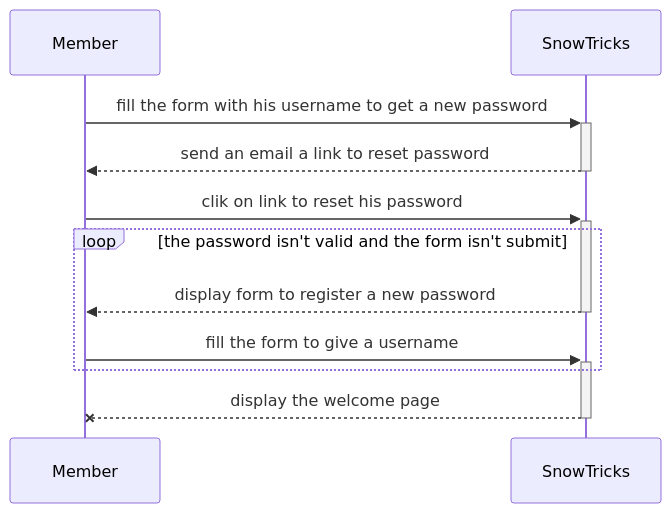
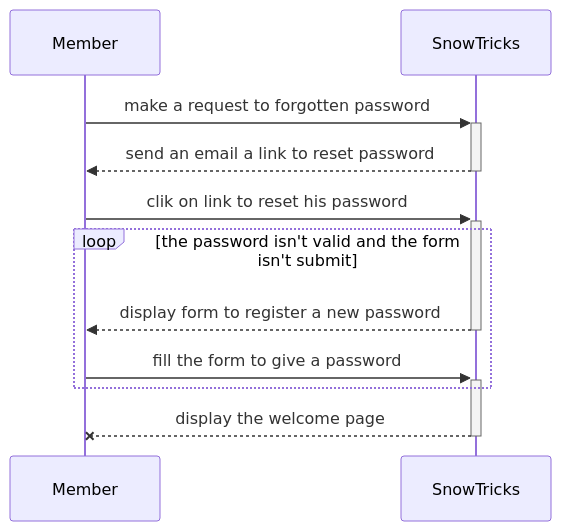
Before and after one commit to GabrielSAPONARA/SnowTricks: the diagram in umlDiagrams/sequenceDiagrams/passwordSequenceDiagrams/resetPasswordSequenceDiagram.mmd, drawn with Mermaid. The commit also changed 10 other files, not shown here.

Commit message:
closes #3, closes #4, closes #14; :wrench: finish sequence, use case and class diagrams

```diff
--- a/umlDiagrams/sequenceDiagrams/passwordSequenceDiagrams/resetPasswordSequenceDiagram.mmd
+++ b/umlDiagrams/sequenceDiagrams/passwordSequenceDiagrams/resetPasswordSequenceDiagram.mmd
@@ -1,9 +1,9 @@
 sequenceDiagram
-    Member->>+SnowTricks: fill the form with his username to get a new password
+    Member->>+SnowTricks: make a request to forgotten password
     SnowTricks-->>-Member: send an email a link to reset password
     Member->>+SnowTricks: clik on link to reset his password
     loop the password isn't valid and the form isn't submit
     SnowTricks-->>-Member: display form to register a new password
-    Member->>+SnowTricks: fill the form to give a username
+    Member->>+SnowTricks: fill the form to give a password
     end
     SnowTricks --x- Member: display the welcome page
```
